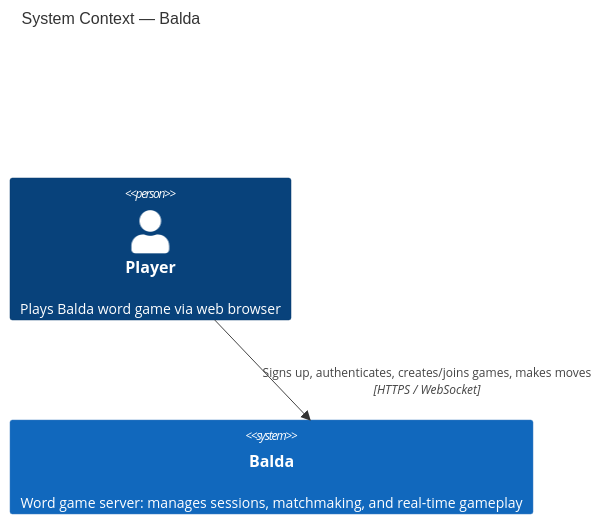
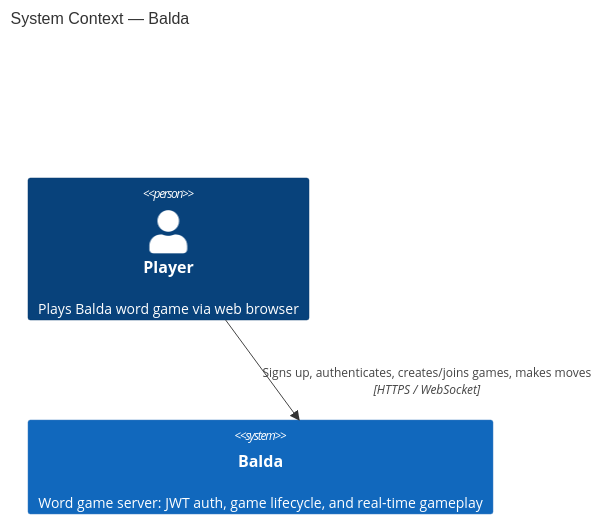
Before and after one commit to rustwizard/balda: the first of 4 diagrams in docs/architecture.md, drawn with Mermaid. The commit also changed other lines of this file, not shown here.

First line of the commit message:
docs: refresh architecture diagrams for the JWT/presence design

````diff
--- a/docs/architecture.md
+++ b/docs/architecture.md
@@ -5,10 +5,10 @@
 ```mermaid
 C4Context
   title System Context — Balda
 
   Person(player, "Player", "Plays Balda word game via web browser")
 
-  System(balda, "Balda", "Word game server: manages sessions, matchmaking, and real-time gameplay")
+  System(balda, "Balda", "Word game server: JWT auth, game lifecycle, and real-time gameplay")
 
   Rel(player, balda, "Signs up, authenticates, creates/joins games, makes moves", "HTTPS / WebSocket")
 ```
````
